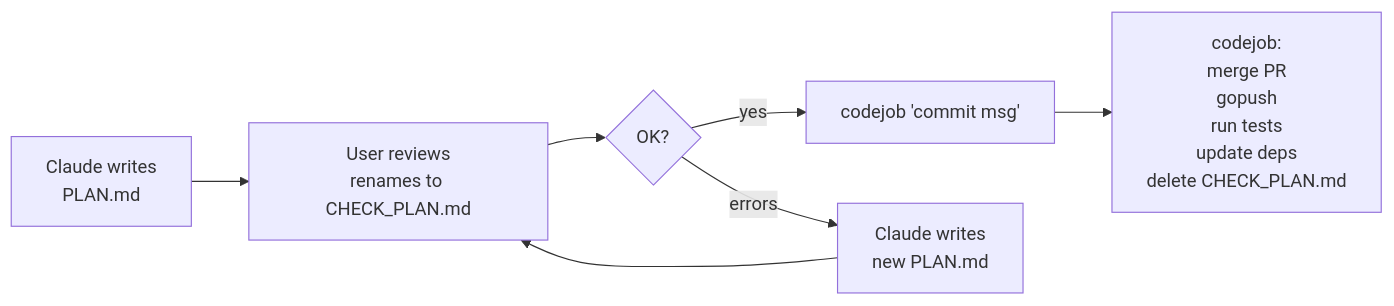
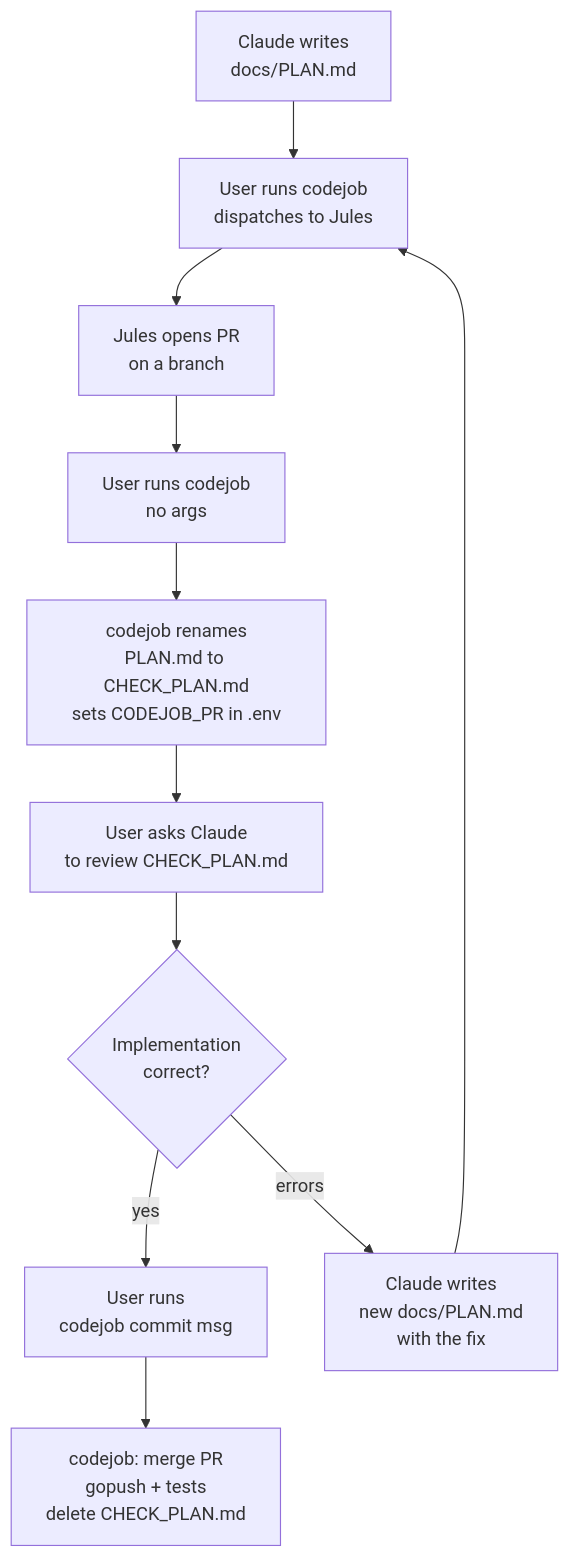
Before and after one commit to tinywasm/devflow: the first of 2 diagrams in skills/agents-workflow/SKILL.md, drawn with Mermaid. The commit also changed other lines of this file and 2 other files, not shown here.

Commit message:
review: corrections before merge

````diff
--- a/skills/agents-workflow/SKILL.md
+++ b/skills/agents-workflow/SKILL.md
@@ -34,9 +34,13 @@
 ```mermaid
-flowchart LR
-    A[Claude writes\nPLAN.md] --> B[User reviews\nrenames to CHECK_PLAN.md]
-    B --> C{OK?}
-    C -->|yes| D["codejob 'commit msg'"]
-    C -->|errors| E[Claude writes\nnew PLAN.md]
-    E --> B
-    D --> F[codejob:\nmerge PR\ngopush\nrun tests\nupdate deps\ndelete CHECK_PLAN.md]
+flowchart TD
+    A[Claude writes<br/>docs/PLAN.md] --> B[User runs codejob<br/>dispatches to Jules]
+    B --> C[Jules opens PR<br/>on a branch]
+    C --> D[User runs codejob<br/>no args]
+    D --> E[codejob renames<br/>PLAN.md to CHECK_PLAN.md<br/>sets CODEJOB_PR in .env]
+    E --> F[User asks Claude<br/>to review CHECK_PLAN.md]
+    F --> G{Implementation<br/>correct?}
+    G -->|yes| H[User runs<br/>codejob commit msg]
+    G -->|errors| I[Claude writes<br/>new docs/PLAN.md<br/>with the fix]
+    I --> B
+    H --> J[codejob: merge PR<br/>gopush + tests<br/>delete CHECK_PLAN.md]
 ```
````
